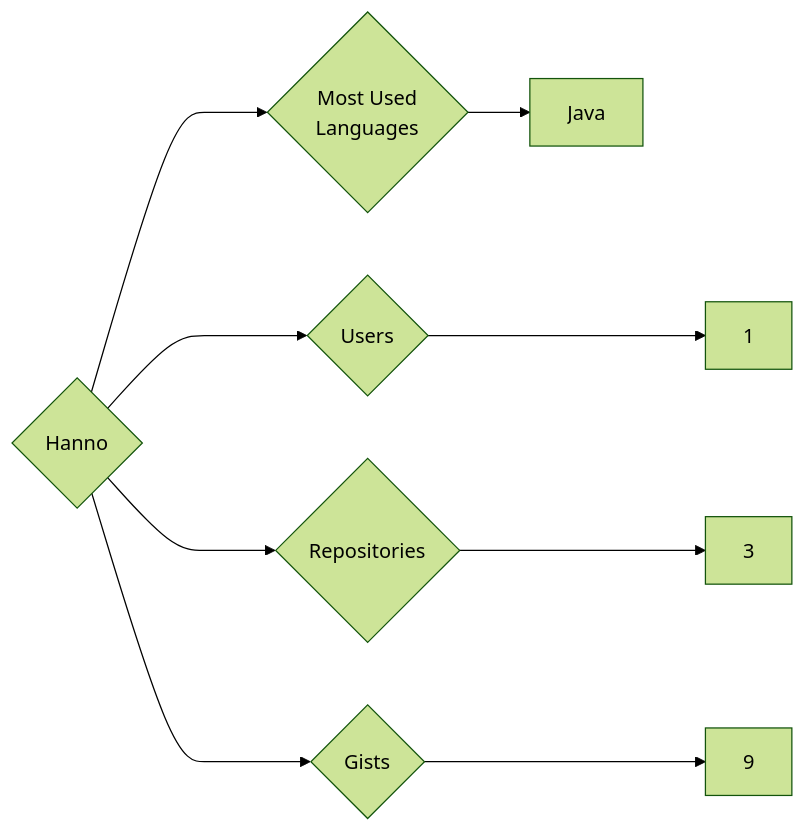
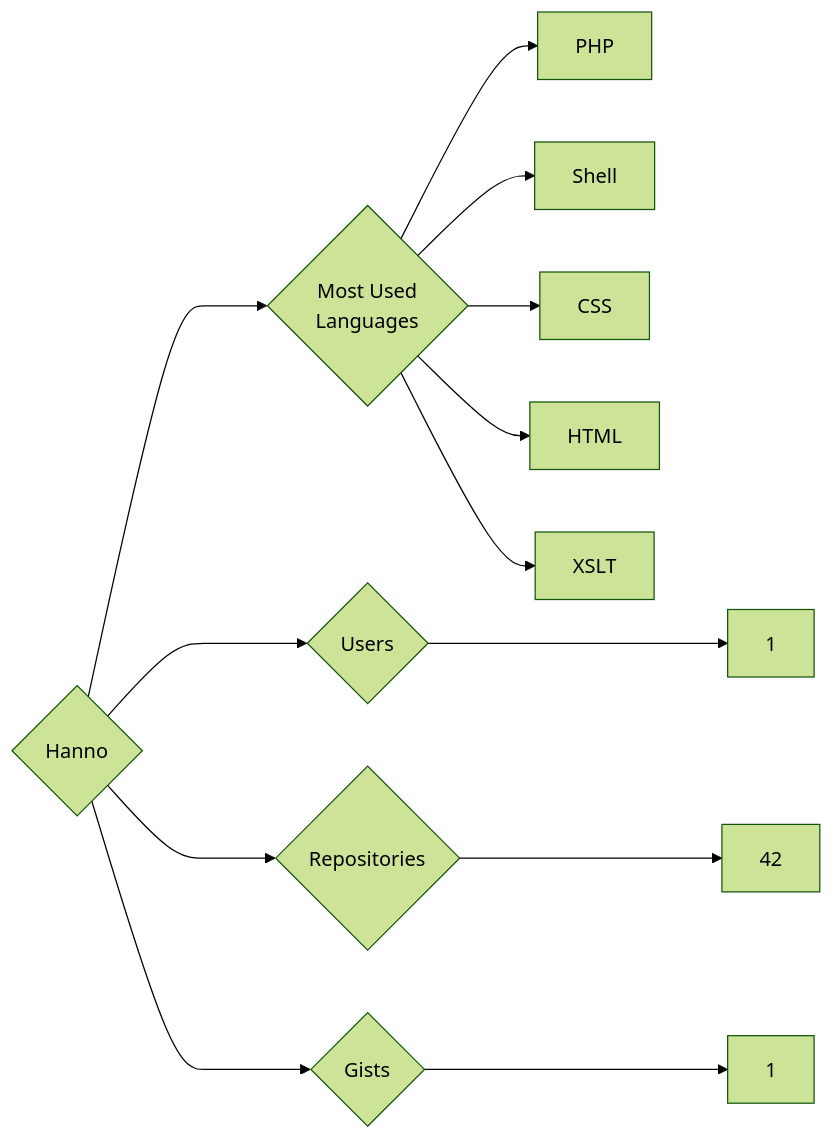
Before and after one commit to trickest/insiders: the diagram in targets/Hanno/README.md, drawn with Mermaid (forest theme). The commit also changed 1007 other files, not shown here.

````diff
--- a/targets/Hanno/README.md
+++ b/targets/Hanno/README.md
@@ -3,9 +3,13 @@
 ```mermaid
 graph LR
 COMPANY_NAME{Hanno}
 COMPANY_NAME ---> U{Users} ---> UN[1]
-COMPANY_NAME ---> R{Repositories} ---> RN[3]
-COMPANY_NAME ---> G{Gists} ---> GN[9]
+COMPANY_NAME ---> R{Repositories} ---> RN[42]
+COMPANY_NAME ---> G{Gists} ---> GN[1]
 COMPANY_NAME ---> ML{Most Used<br>Languages}
-ML --> Java[Java]
+ML --> PHP[PHP]
+ML --> Shell[Shell]
+ML --> CSS[CSS]
+ML --> HTML[HTML]
+ML --> XSLT[XSLT]
 ```
````
